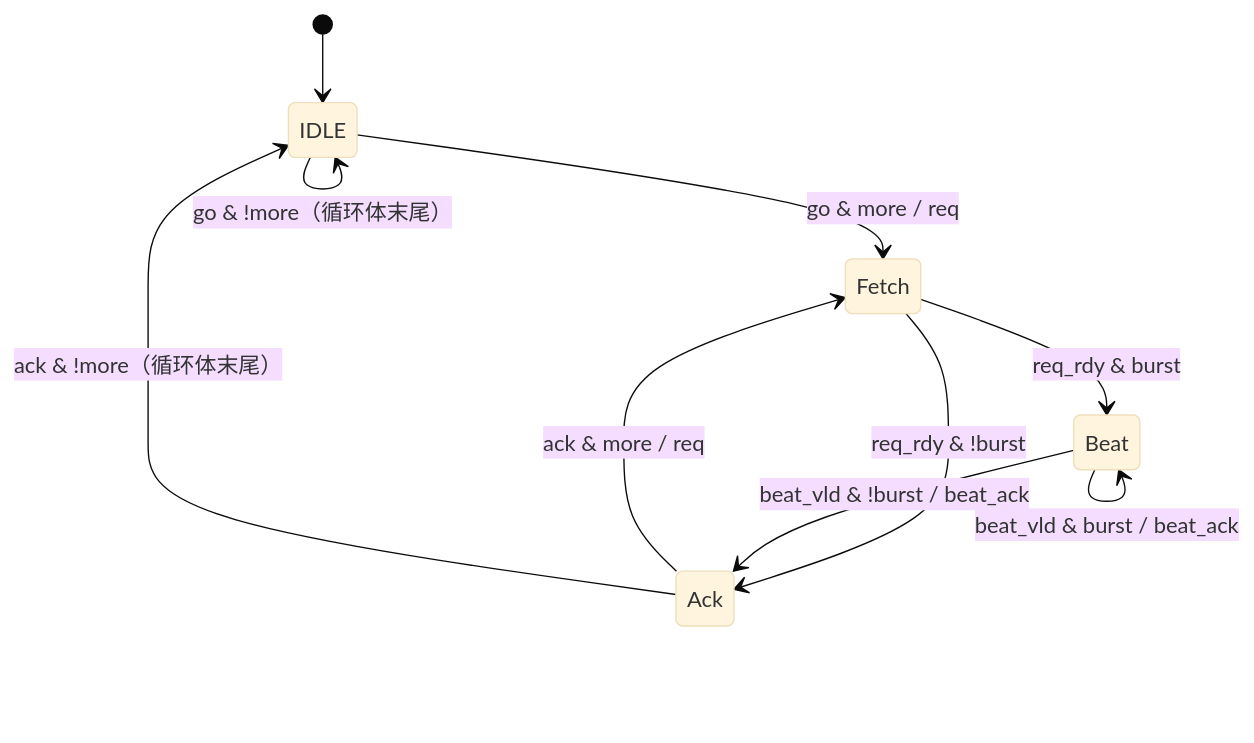
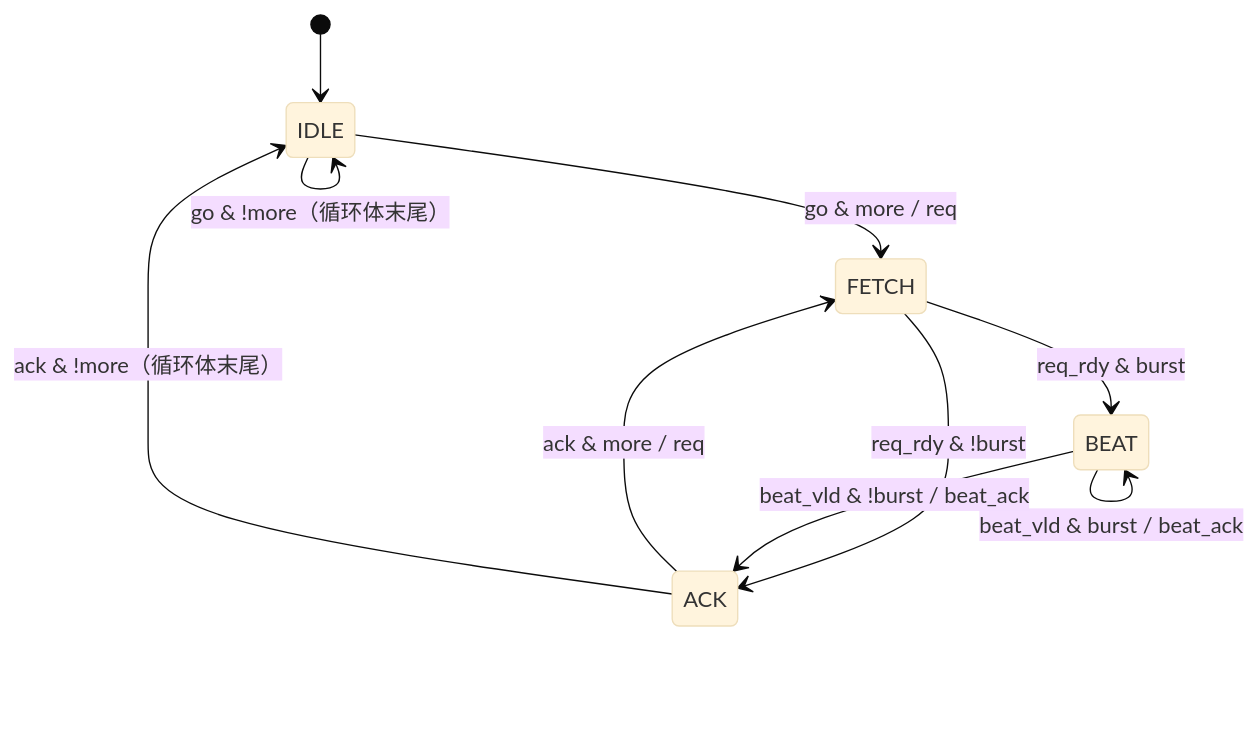
Before and after one commit to rede97/autowire: the second of 6 diagrams in docs/state/async-fsm.md, drawn with Mermaid (base theme). The commit also changed other lines of this file and 41 other files, not shown here.

````diff
--- a/docs/state/async-fsm.md
+++ b/docs/state/async-fsm.md
@@ -538,12 +578,12 @@
 ```mermaid
 stateDiagram-v2
   [*] --> IDLE
-  IDLE --> Fetch: go & more / req
+  IDLE --> FETCH: go & more / req
   IDLE --> IDLE: go & !more（循环体末尾）
-  Fetch --> Beat: req_rdy & burst
-  Fetch --> Ack: req_rdy & !burst
-  Beat --> Beat: beat_vld & burst / beat_ack
-  Beat --> Ack: beat_vld & !burst / beat_ack
-  Ack --> Fetch: ack & more / req
-  Ack --> IDLE: ack & !more（循环体末尾）
+  FETCH --> BEAT: req_rdy & burst
+  FETCH --> ACK: req_rdy & !burst
+  BEAT --> BEAT: beat_vld & burst / beat_ack
+  BEAT --> ACK: beat_vld & !burst / beat_ack
+  ACK --> FETCH: ack & more / req
+  ACK --> IDLE: ack & !more（循环体末尾）
 ```
````
